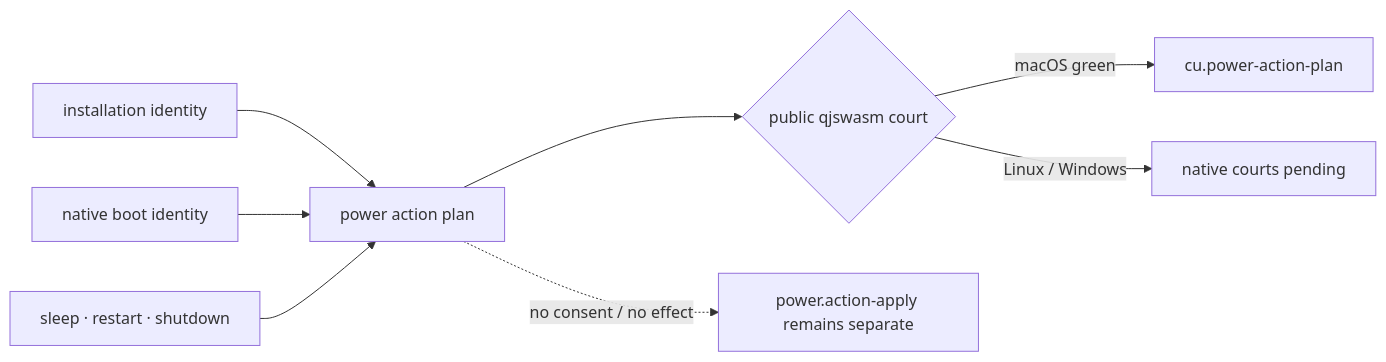
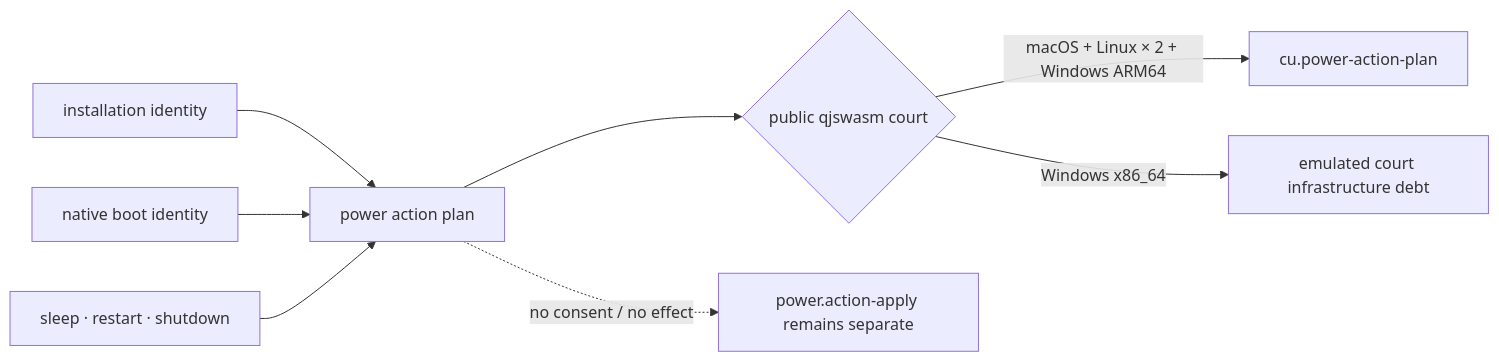
One commit to partnernetsoftware/agenterm changed diagram 19 of 20 in prd/PRD_02_28_agenterm_cu.md. Above: the diagram before and after it, drawn with Mermaid. The commit also changed other lines of this file and 2 other files, not shown here.

Commit message:
court: qualify power plans across native hosts

````diff
--- a/prd/PRD_02_28_agenterm_cu.md
+++ b/prd/PRD_02_28_agenterm_cu.md
@@ -2528,10 +2531,10 @@
 ```mermaid
 flowchart LR
     I["installation identity"] --> P["power action plan"]
     B["native boot identity"] --> P
     A["sleep · restart · shutdown"] --> P
     P --> V{"public qjswasm court"}
-    V -->|macOS green| E["cu.power-action-plan"]
-    V -->|Linux / Windows| Q["native courts pending"]
+    V -->|macOS + Linux × 2 + Windows ARM64| E["cu.power-action-plan"]
+    V -->|Windows x86_64| Q["emulated court infrastructure debt"]
     P -. no consent / no effect .-> N["power.action-apply remains separate"]
 ```
````
